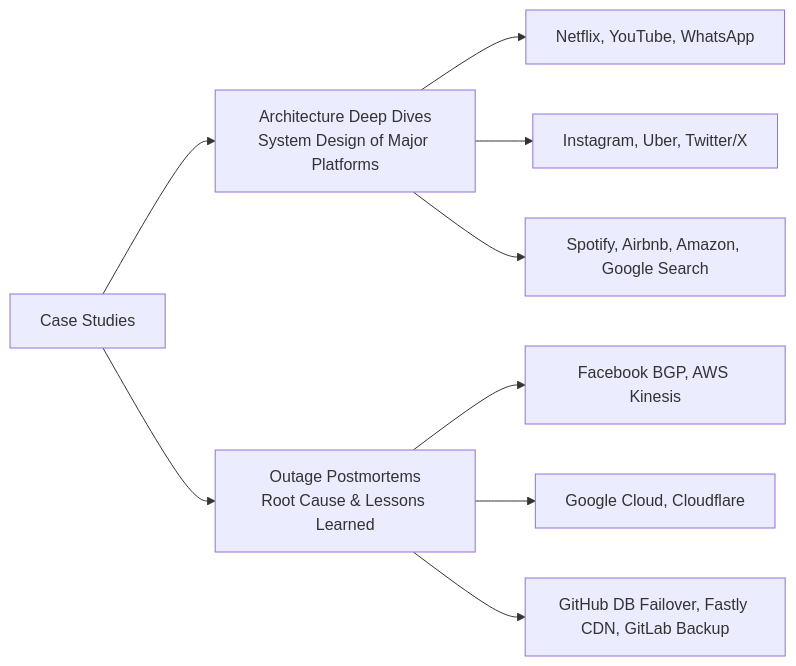
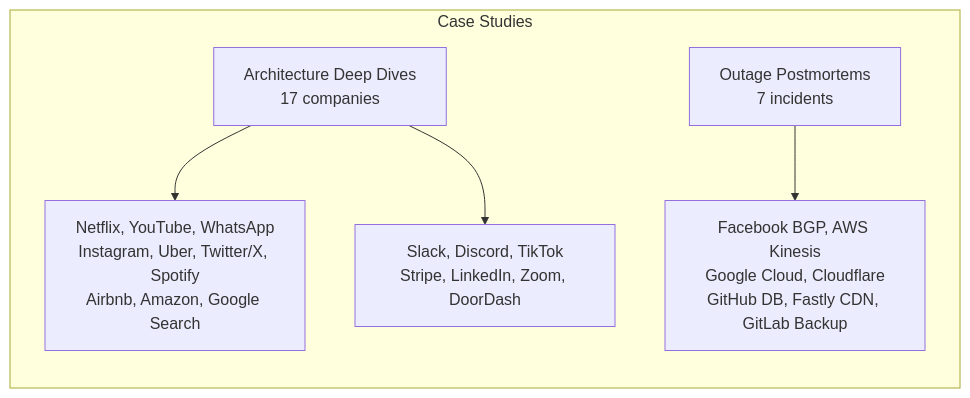
One commit to ajju853/SystemDesignHandbook changed the diagram in 18-Case-Studies/README.md. Above: the diagram before and after it, drawn with Mermaid. The commit also changed other lines of this file and 4 other files, not shown here.

````diff
--- a/18-Case-Studies/README.md
+++ b/18-Case-Studies/README.md
@@ -5,11 +5,9 @@
 ```mermaid
-graph LR
-    A["Case Studies"] --> B["Architecture Deep Dives<br/>System Design of Major Platforms"]
-    A --> C["Outage Postmortems<br/>Root Cause &amp; Lessons Learned"]
-    B --> D["Netflix, YouTube, WhatsApp"]
-    B --> E["Instagram, Uber, Twitter/X"]
-    B --> F["Spotify, Airbnb, Amazon, Google Search"]
-    C --> G["Facebook BGP, AWS Kinesis"]
-    C --> H["Google Cloud, Cloudflare"]
-    C --> I["GitHub DB Failover, Fastly CDN, GitLab Backup"]
+graph TB
+    subgraph "Case Studies"
+        direction TB
+        A[Architecture Deep Dives<br/>17 companies] --> B[Netflix, YouTube, WhatsApp<br/>Instagram, Uber, Twitter/X, Spotify<br/>Airbnb, Amazon, Google Search]
+        A --> C[Slack, Discord, TikTok<br/>Stripe, LinkedIn, Zoom, DoorDash]
+        D[Outage Postmortems<br/>7 incidents] --> E[Facebook BGP, AWS Kinesis<br/>Google Cloud, Cloudflare<br/>GitHub DB, Fastly CDN, GitLab Backup]
+    end
 ```
````
